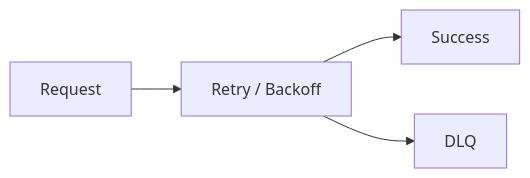
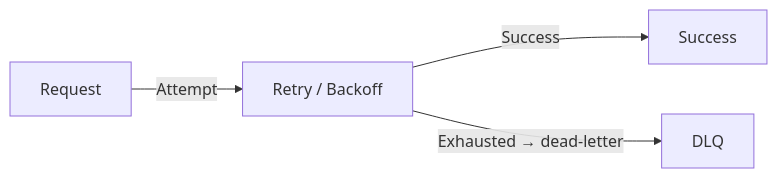
Before and after one commit to alienfacepalm/columbia-social-order-use-case: the ninth of 11 diagrams in presentation.md, drawn with Mermaid. The commit also changed other lines of this file and 10 other files, not shown here.

First line of the commit message:
Speaker timer, layout, and diagram fixes

````diff
--- a/presentation.md
+++ b/presentation.md
@@ -317,6 +315,6 @@
 ```mermaid
 flowchart LR
-    Req["Request"] --> Retry["Retry / Backoff"]
-    Retry --> OK["Success"]
-    Retry --> DLQ["DLQ"]
+    Req["Request"] -->|"Attempt"| Retry["Retry / Backoff"]
+    Retry -->|"Success"| OK["Success"]
+    Retry -->|"Exhausted → dead-letter"| DLQ["DLQ"]
 ```
````
